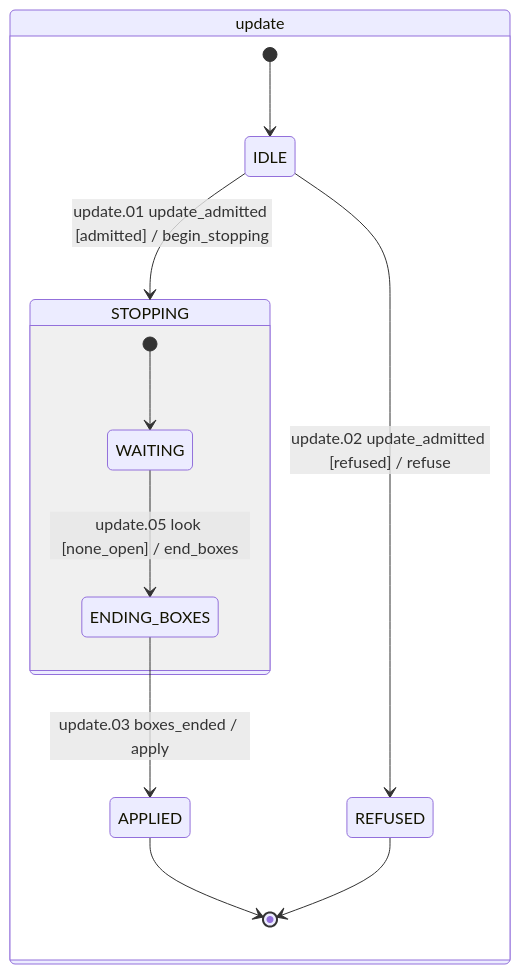
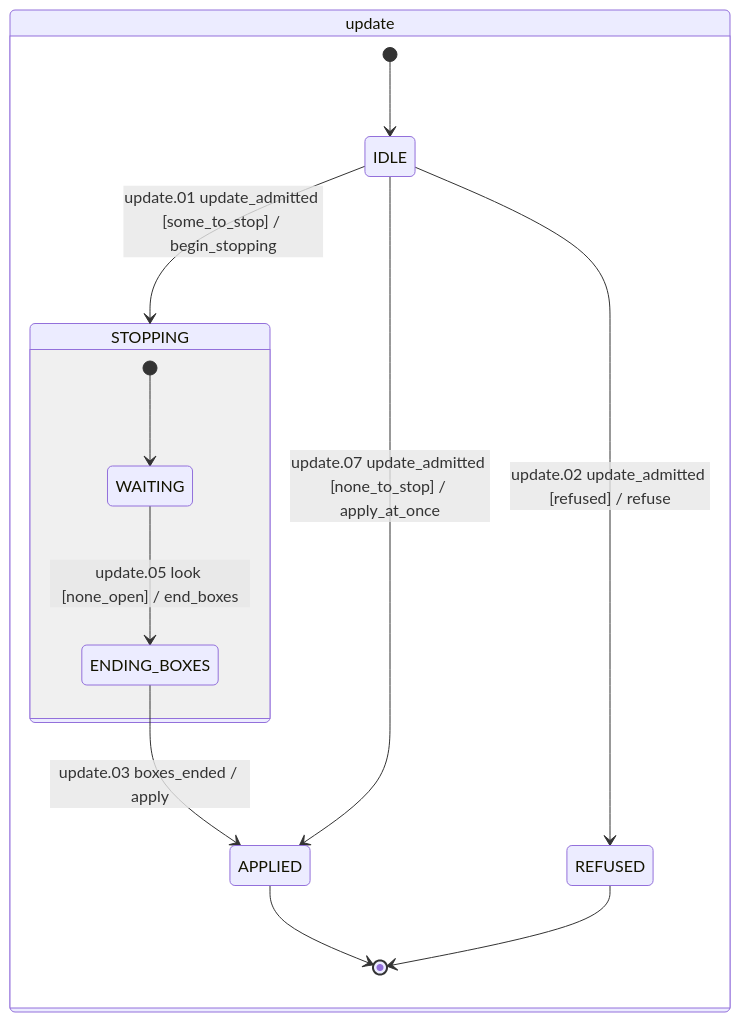
One commit to mrbald/dsl41 changed the eighth of 8 diagrams in docs/state-machines.md. Above: the diagram before and after it, drawn with Mermaid. The commit also changed other lines of this file and 20 other files, not shown here.

````diff
--- a/docs/state-machines.md
+++ b/docs/state-machines.md
@@ -846,22 +846,23 @@
 ```mermaid
 stateDiagram-v2
     state "update" as s6
     state s6 {
         [*] --> s2
         state "IDLE" as s2
         state "STOPPING" as s4
         state s4 {
             [*] --> s5
             state "WAITING" as s5
             state "ENDING_BOXES" as s1
         }
         state "APPLIED" as s0
         state "REFUSED" as s3
         s0 --> [*]
         s3 --> [*]
     }
-    s2 --> s4 : update.01 update_admitted [admitted] / begin_stopping
+    s2 --> s4 : update.01 update_admitted [some_to_stop] / begin_stopping
     s2 --> s3 : update.02 update_admitted [refused] / refuse
     s1 --> s0 : update.03 boxes_ended / apply
     s5 --> s1 : update.05 look [none_open] / end_boxes
+    s2 --> s0 : update.07 update_admitted [none_to_stop] / apply_at_once
 ```
````
